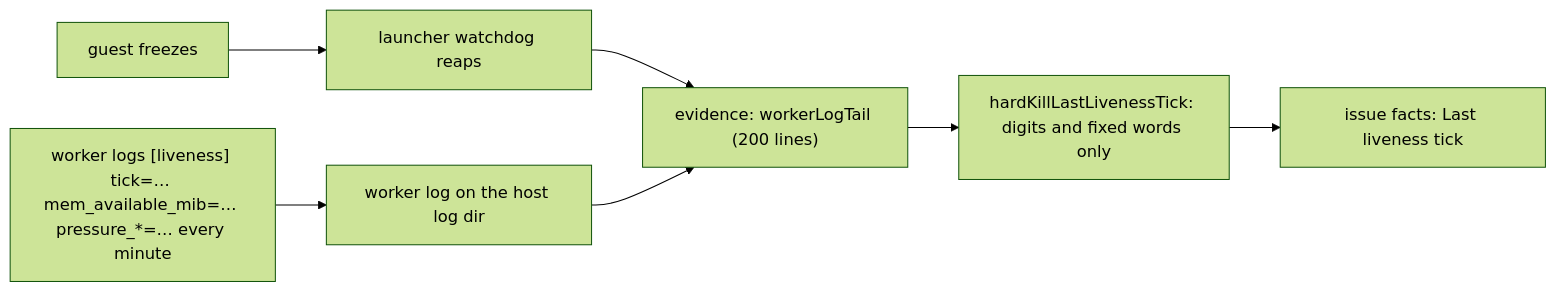
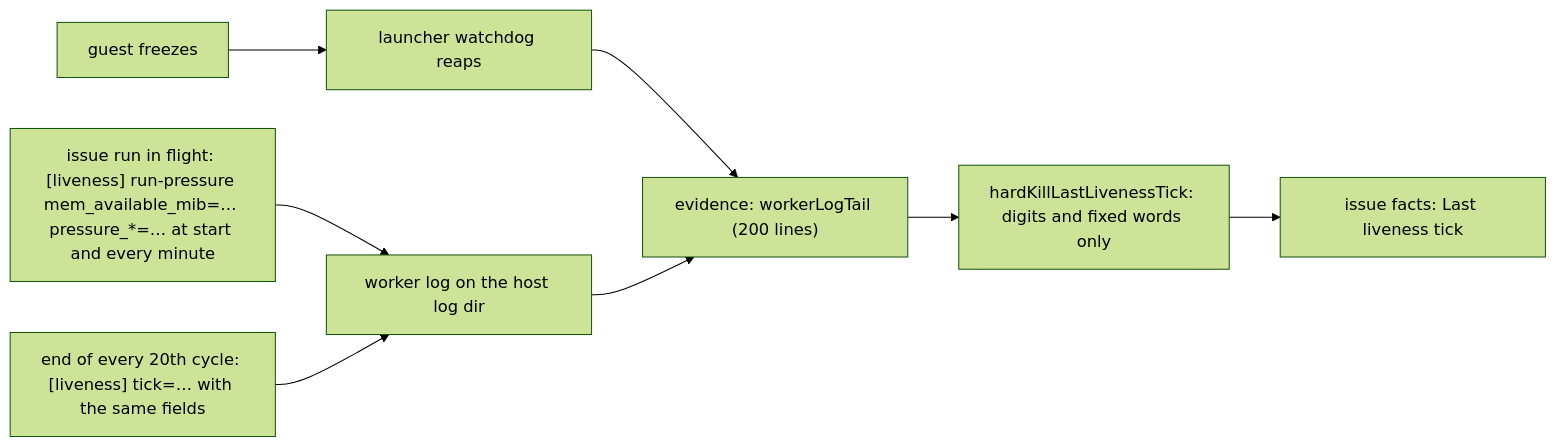
One commit to stSoftwareAU/VibeCoder changed the diagram in docs/archive/pr-summaries/pr-summary-4815.md. Above: the diagram before and after it, drawn with Mermaid (forest theme). The commit also changed other lines of this file, not shown here.

First line of the commit message:
PR summary: in-run pressure line and reviewed criteria (Issue #4815)

````diff
--- a/docs/archive/pr-summaries/pr-summary-4815.md
+++ b/docs/archive/pr-summaries/pr-summary-4815.md
@@ -57,9 +79,10 @@
 ```mermaid
 flowchart LR
-    T["worker logs [liveness] tick=… mem_available_mib=… pressure_*=… every minute"] --> L[worker log on the host log dir]
+    R["issue run in flight: [liveness] run-pressure mem_available_mib=… pressure_*=… at start and every minute"] --> L[worker log on the host log dir]
+    T["end of every 20th cycle: [liveness] tick=… with the same fields"] --> L
     G[guest freezes] --> W[launcher watchdog reaps]
     W --> E["evidence: workerLogTail (200 lines)"]
     L --> E
     E --> F["hardKillLastLivenessTick: digits and fixed words only"]
     F --> I["issue facts: Last liveness tick"]
 ```
````
